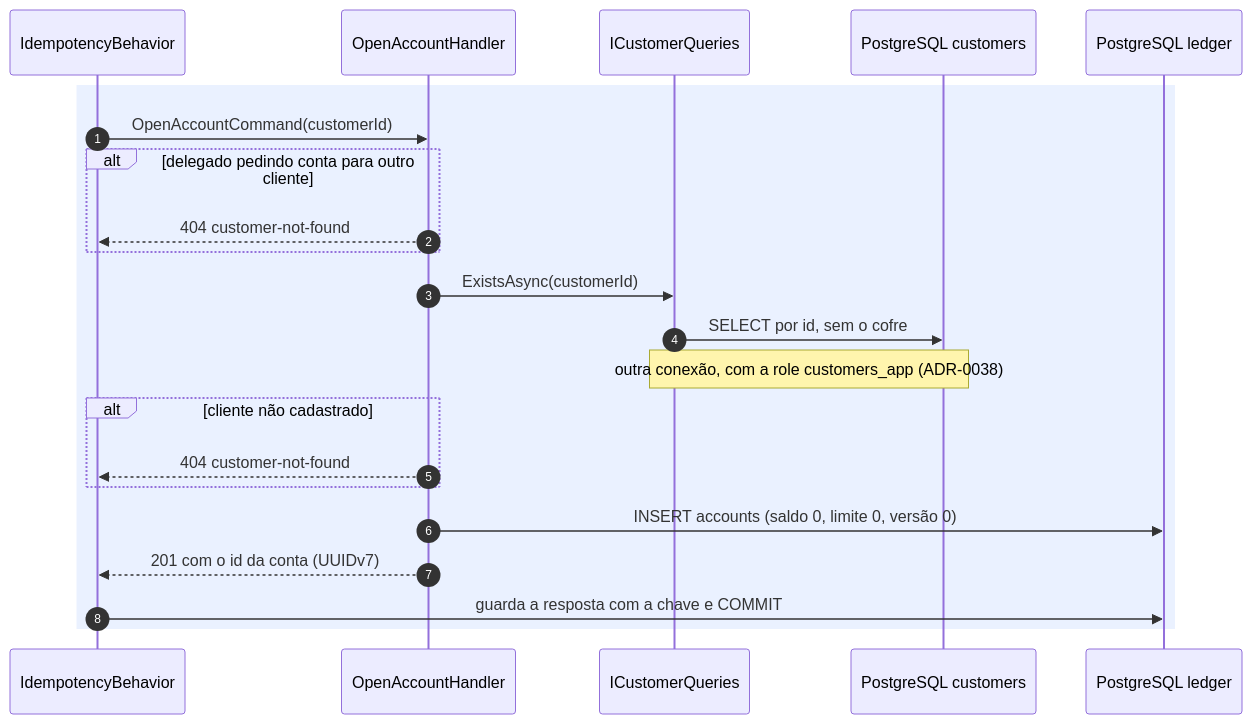
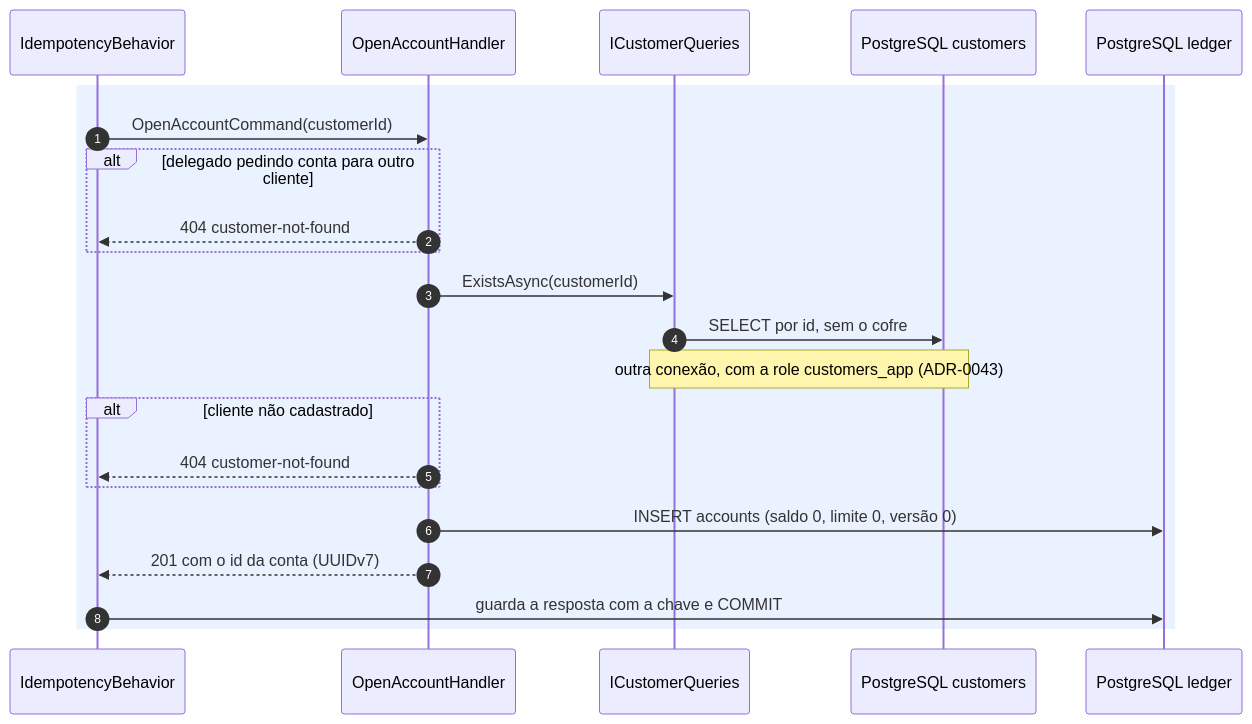
The third of 8 diagrams in docs/arquitetura/fluxos-ledger.md (arthuurw/desafio-arquiteto-keyrus), drawn with Mermaid before and after one commit. The commit also changed other lines of this file and 48 other files, not shown here.

````diff
--- a/docs/arquitetura/fluxos-ledger.md
+++ b/docs/arquitetura/fluxos-ledger.md
@@ -130,25 +130,25 @@
 ```mermaid
 sequenceDiagram
   autonumber
   participant B as IdempotencyBehavior
   participant H as OpenAccountHandler
   participant CQ as ICustomerQueries
   participant PGC as PostgreSQL customers
   participant DB as PostgreSQL ledger
 
   rect rgba(80, 140, 255, 0.12)
     B->>H: OpenAccountCommand(customerId)
     alt delegado pedindo conta para outro cliente
       H-->>B: 404 customer-not-found
     end
     H->>CQ: ExistsAsync(customerId)
     CQ->>PGC: SELECT por id, sem o cofre
-    Note over CQ,PGC: outra conexão, com a role customers_app (ADR-0038)
+    Note over CQ,PGC: outra conexão, com a role customers_app (ADR-0043)
     alt cliente não cadastrado
       H-->>B: 404 customer-not-found
     end
     H->>DB: INSERT accounts (saldo 0, limite 0, versão 0)
     H-->>B: 201 com o id da conta (UUIDv7)
     B->>DB: guarda a resposta com a chave e COMMIT
   end
 ```
````
